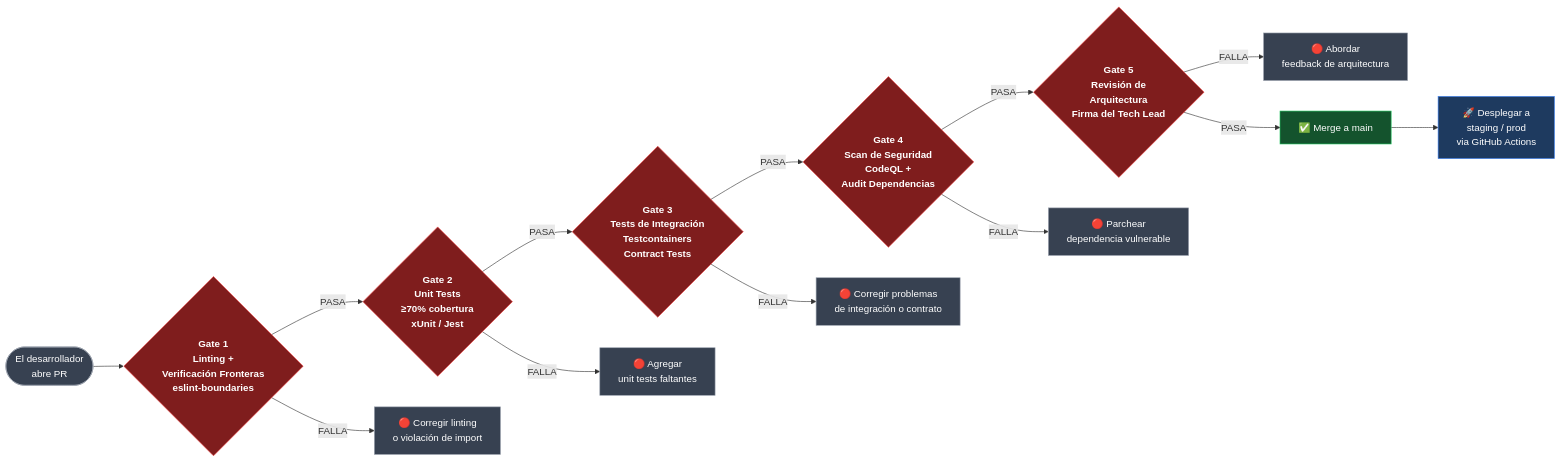
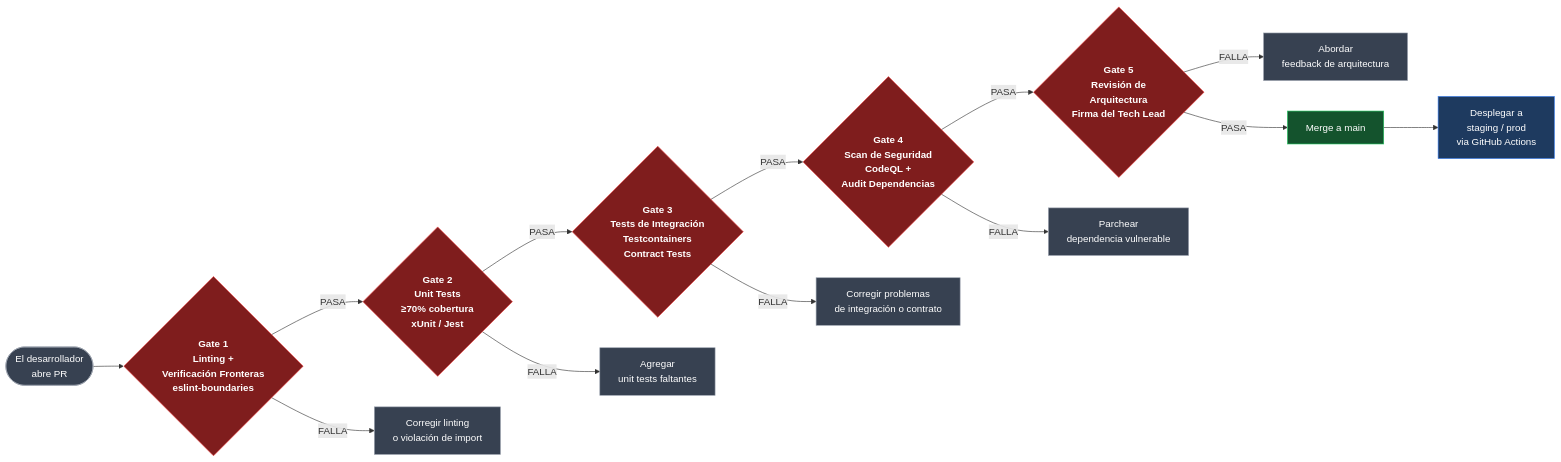
One commit to beyondnetcode/evolith_arch32 changed the fifth of 5 diagrams in reference/governance/standards/communication/visuals/v08-infrastructure-topology.es.md. Above: the diagram before and after it, drawn with Mermaid. The commit also changed other lines of this file and 41 other files, not shown here.

````diff
--- a/reference/governance/standards/communication/visuals/v08-infrastructure-topology.es.md
+++ b/reference/governance/standards/communication/visuals/v08-infrastructure-topology.es.md
@@ -220,28 +220,28 @@
 ```mermaid
 flowchart LR
     classDef dev fill:#374151,stroke:#9ca3af,color:#fff
     classDef gate fill:#7f1d1d,stroke:#ef4444,color:#fff,font-weight:bold
     classDef pass fill:#14532d,stroke:#22c55e,color:#fff
     classDef deploy fill:#1e3a5f,stroke:#3b82f6,color:#fff
 
     PR(["El desarrollador\nabre PR"]):::dev
 
     G1{"Gate 1\nLinting +\nVerificación Fronteras\neslint-boundaries"}:::gate
     G2{"Gate 2\nUnit Tests\n≥70% cobertura\nxUnit / Jest"}:::gate
     G3{"Gate 3\nTests de Integración\nTestcontainers\nContract Tests"}:::gate
     G4{"Gate 4\nScan de Seguridad\nCodeQL +\nAudit Dependencias"}:::gate
     G5{"Gate 5\nRevisión de\nArquitectura\nFirma del Tech Lead"}:::gate
 
     PR --> G1
-    G1 -->|FALLA| DEV1["🔴 Corregir linting\no violación de import"]:::dev
+    G1 -->|FALLA| DEV1[" Corregir linting\no violación de import"]:::dev
     G1 -->|PASA| G2
-    G2 -->|FALLA| DEV2["🔴 Agregar\nunit tests faltantes"]:::dev
+    G2 -->|FALLA| DEV2[" Agregar\nunit tests faltantes"]:::dev
     G2 -->|PASA| G3
-    G3 -->|FALLA| DEV3["🔴 Corregir problemas\nde integración o contrato"]:::dev
+    G3 -->|FALLA| DEV3[" Corregir problemas\nde integración o contrato"]:::dev
     G3 -->|PASA| G4
-    G4 -->|FALLA| DEV4["🔴 Parchear\ndependencia vulnerable"]:::dev
+    G4 -->|FALLA| DEV4[" Parchear\ndependencia vulnerable"]:::dev
     G4 -->|PASA| G5
-    G5 -->|FALLA| DEV5["🔴 Abordar\nfeedback de arquitectura"]:::dev
-    G5 -->|PASA| MERGE["✅ Merge a main"]:::pass
-    MERGE --> DEPLOY["🚀 Desplegar a\nstaging / prod\nvia GitHub Actions"]:::deploy
+    G5 -->|FALLA| DEV5[" Abordar\nfeedback de arquitectura"]:::dev
+    G5 -->|PASA| MERGE[" Merge a main"]:::pass
+    MERGE --> DEPLOY[" Desplegar a\nstaging / prod\nvia GitHub Actions"]:::deploy
 ```
````
